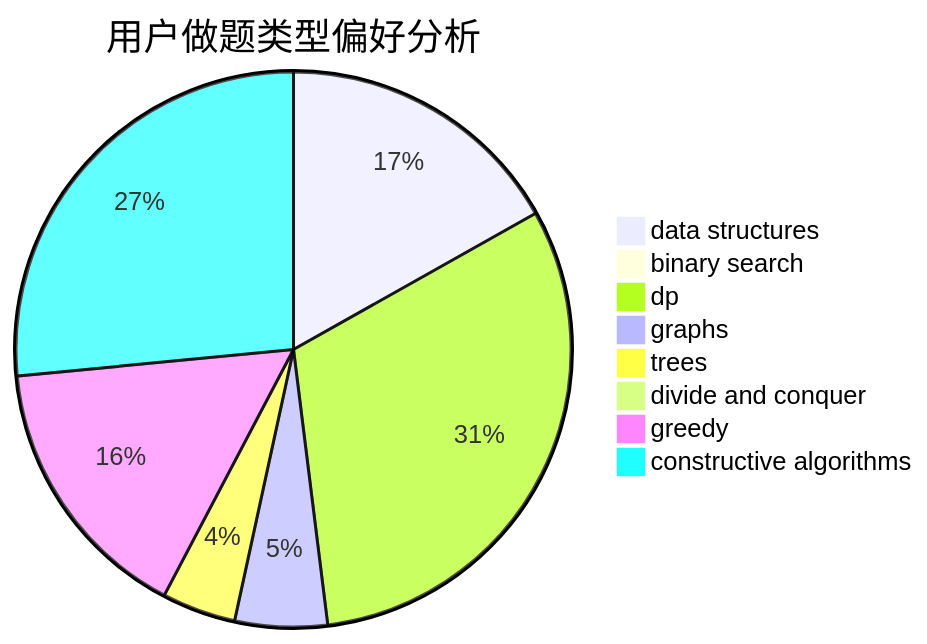
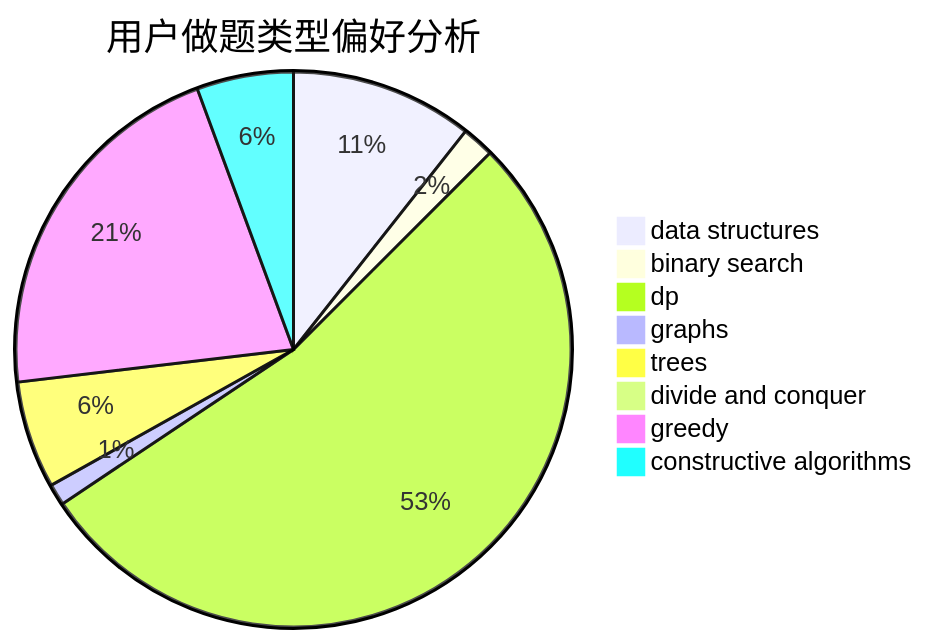
The second of 3 diagrams in docs/user/u1719.md (sherpahu/cfrs.github.io), drawn with Mermaid before and after one commit. The commit also changed other lines of this file and 2770 other files, not shown here.

````diff
--- a/docs/user/u1719.md
+++ b/docs/user/u1719.md
@@ -23,11 +23,11 @@
 ```mermaid
 pie title 用户做题类型偏好分析
-    "data structures" :  47
-    "binary search" :  0
-    "dp" :  87
-    "graphs" :  15
-    "trees" :  12
+    "data structures" :  17
+    "binary search" :  3
+    "dp" :  85
+    "graphs" :  2
+    "trees" :  10
     "divide and conquer" :  0
-    "greedy" :  44
-    "constructive algorithms" :  74
+    "greedy" :  34
+    "constructive algorithms" :  9
 ```
````
